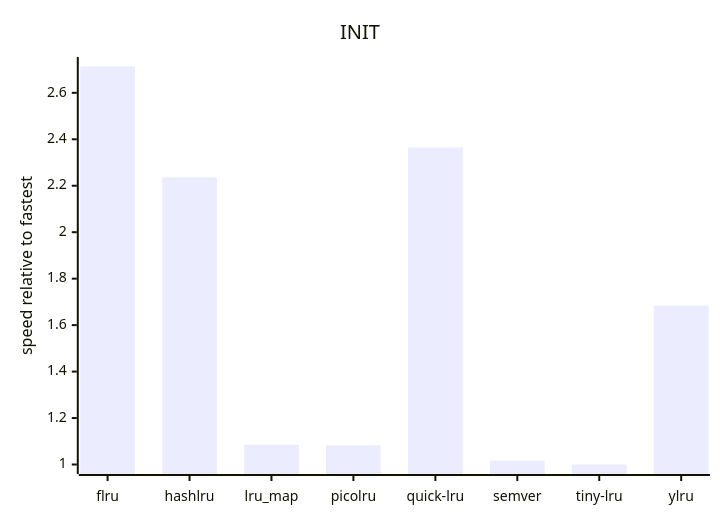
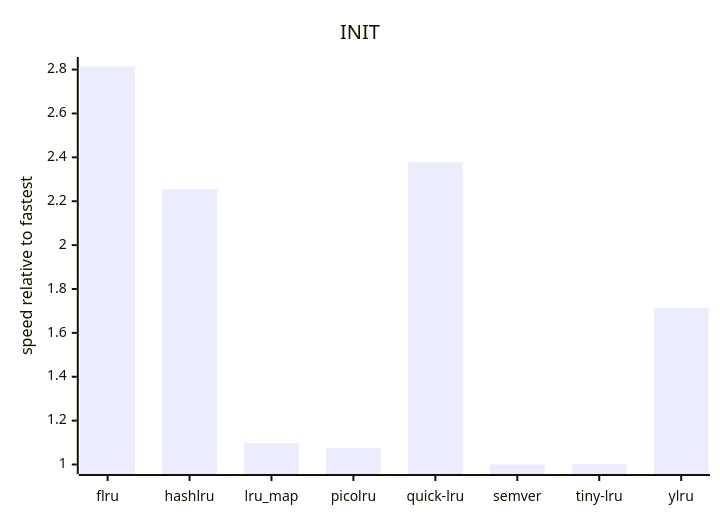
One commit to beeequeue/bench-lru changed the fifth of 11 diagrams in README.md. Above: the diagram before and after it, drawn with Mermaid. The commit also changed other lines of this file, not shown here.

````diff
--- a/README.md
+++ b/README.md
@@ -69,7 +69,7 @@
 ```mermaid
 xychart-beta
   title "INIT"
   x-axis ["flru", "hashlru", "lru_map", "picolru", "quick-lru", "semver", "tiny-lru", "ylru"]
-  y-axis "speed relative to fastest" 1 --> 2.7133
-  bar [2.7133, 2.236, 1.0847, 1.0826, 2.3647, 1.0174, 1, 1.6832]
+  y-axis "speed relative to fastest" 1 --> 2.8141
+  bar [2.8141, 2.2554, 1.0978, 1.0757, 2.3777, 1, 1.0035, 1.7131]
 ```
````
